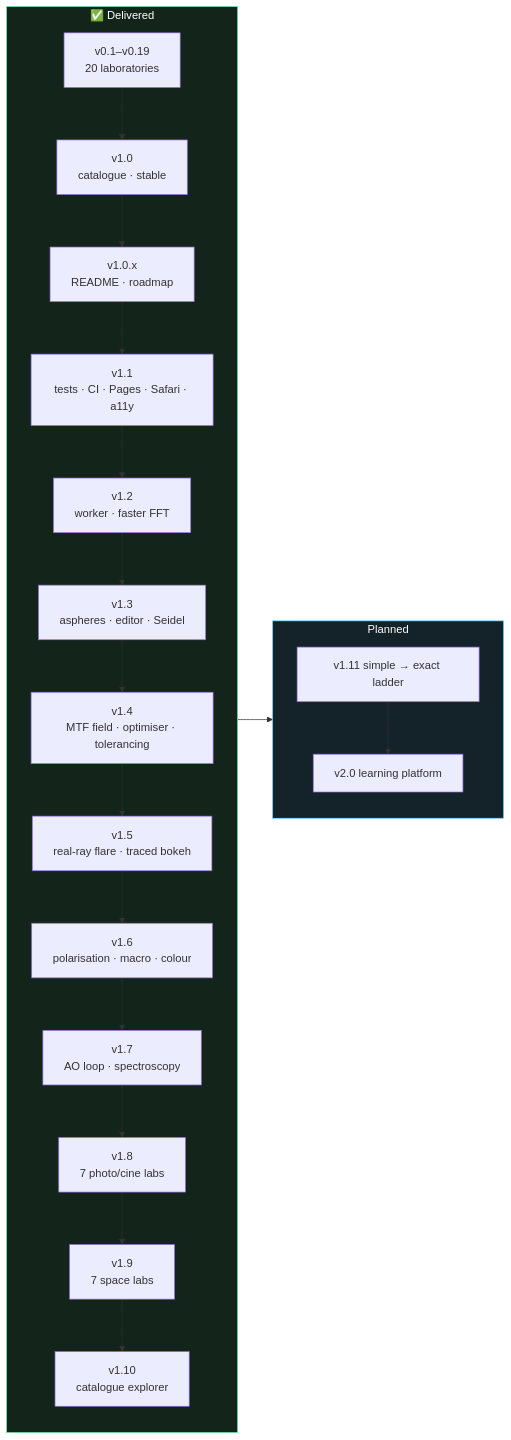
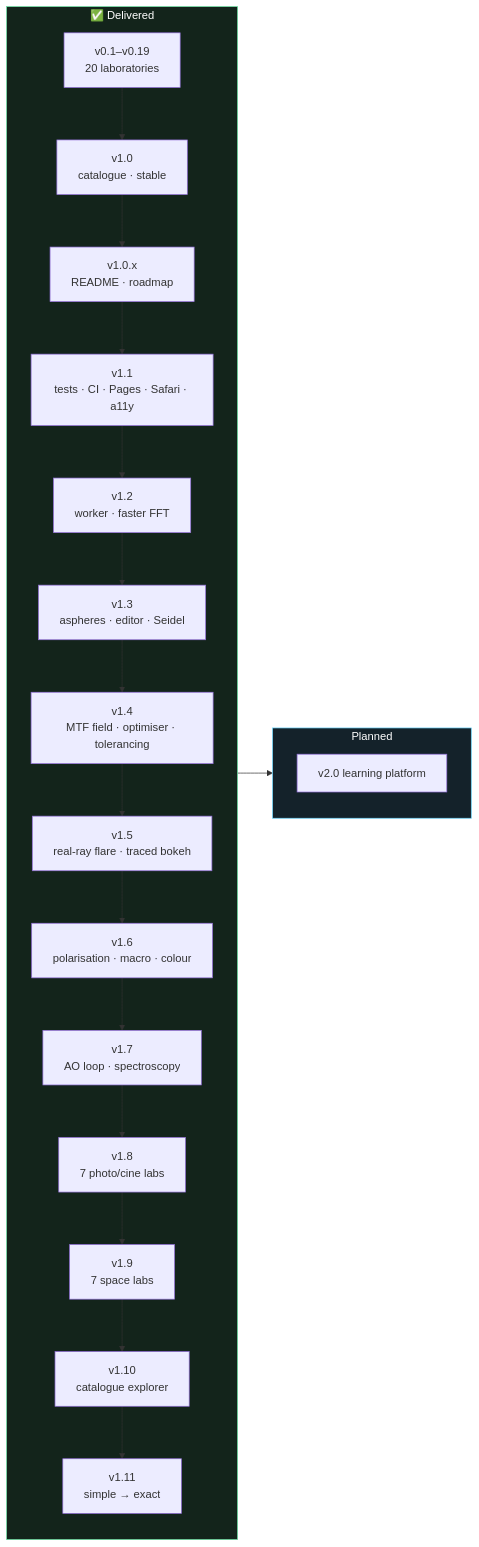
One commit to iiogurt/Optica_Viva changed the diagram in ROADMAP.md. Above: the diagram before and after it, drawn with Mermaid. The commit also changed other lines of this file and 1 other file, not shown here.

````diff
--- a/ROADMAP.md
+++ b/ROADMAP.md
@@ -53,14 +53,14 @@
 ```mermaid
 flowchart LR
     subgraph Done["✅ Delivered"]
         direction TB
-        D0["v0.1–v0.19<br/>20 laboratories"] --> D1["v1.0<br/>catalogue · stable"] --> D2["v1.0.x<br/>README · roadmap"] --> D3["v1.1<br/>tests · CI · Pages · Safari · a11y"] --> D4["v1.2<br/>worker · faster FFT"] --> D5["v1.3<br/>aspheres · editor · Seidel"] --> D6["v1.4<br/>MTF field · optimiser · tolerancing"] --> D7["v1.5<br/>real-ray flare · traced bokeh"] --> D8["v1.6<br/>polarisation · macro · colour"] --> D9["v1.7<br/>AO loop · spectroscopy"] --> D10["v1.8<br/>7 photo/cine labs"] --> D11["v1.9<br/>7 space labs"] --> D12["v1.10<br/>catalogue explorer"]
+        D0["v0.1–v0.19<br/>20 laboratories"] --> D1["v1.0<br/>catalogue · stable"] --> D2["v1.0.x<br/>README · roadmap"] --> D3["v1.1<br/>tests · CI · Pages · Safari · a11y"] --> D4["v1.2<br/>worker · faster FFT"] --> D5["v1.3<br/>aspheres · editor · Seidel"] --> D6["v1.4<br/>MTF field · optimiser · tolerancing"] --> D7["v1.5<br/>real-ray flare · traced bokeh"] --> D8["v1.6<br/>polarisation · macro · colour"] --> D9["v1.7<br/>AO loop · spectroscopy"] --> D10["v1.8<br/>7 photo/cine labs"] --> D11["v1.9<br/>7 space labs"] --> D12["v1.10<br/>catalogue explorer"] --> D13["v1.11<br/>simple → exact"]
     end
     subgraph Next["Planned"]
         direction TB
-        N6["v1.11 simple → exact ladder"] --> N7["v2.0 learning platform"]
+        N7["v2.0 learning platform"]
     end
     Done --> Next
     style Done fill:#13241b,stroke:#6be3a4,color:#fff
     style Next fill:#14222a,stroke:#6ad7ff,color:#fff
 ```
````
